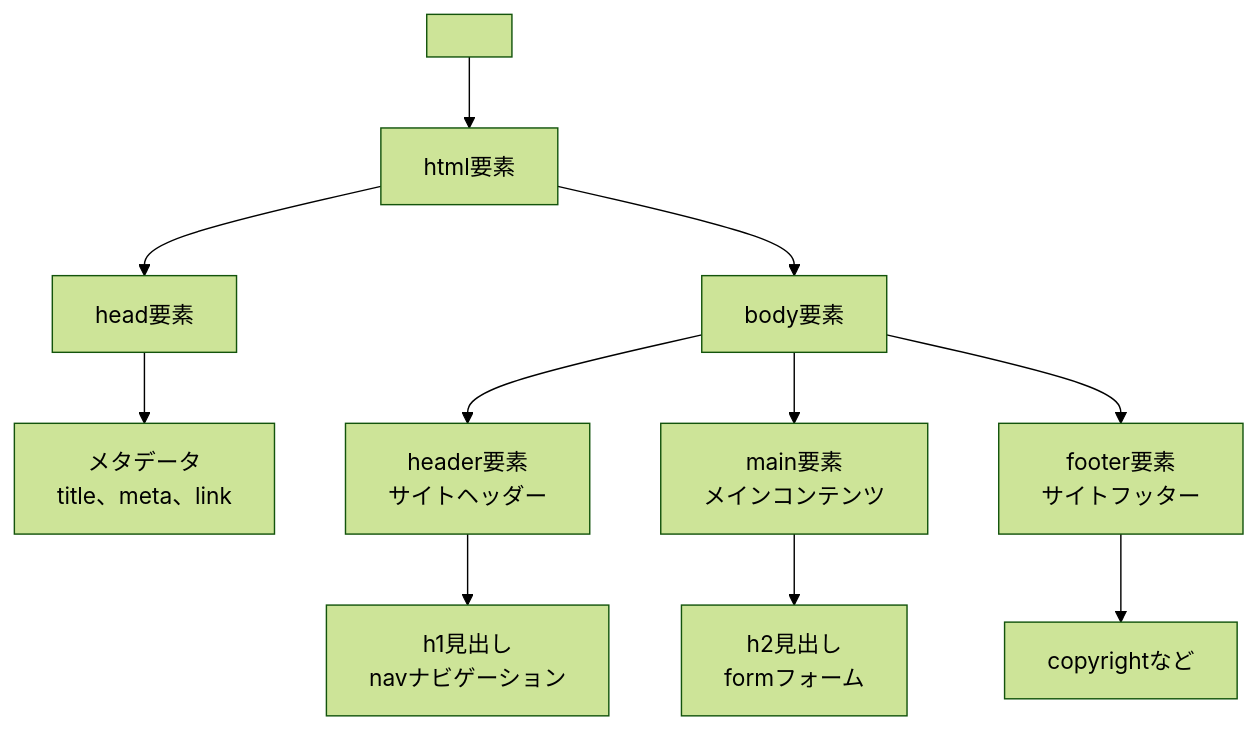
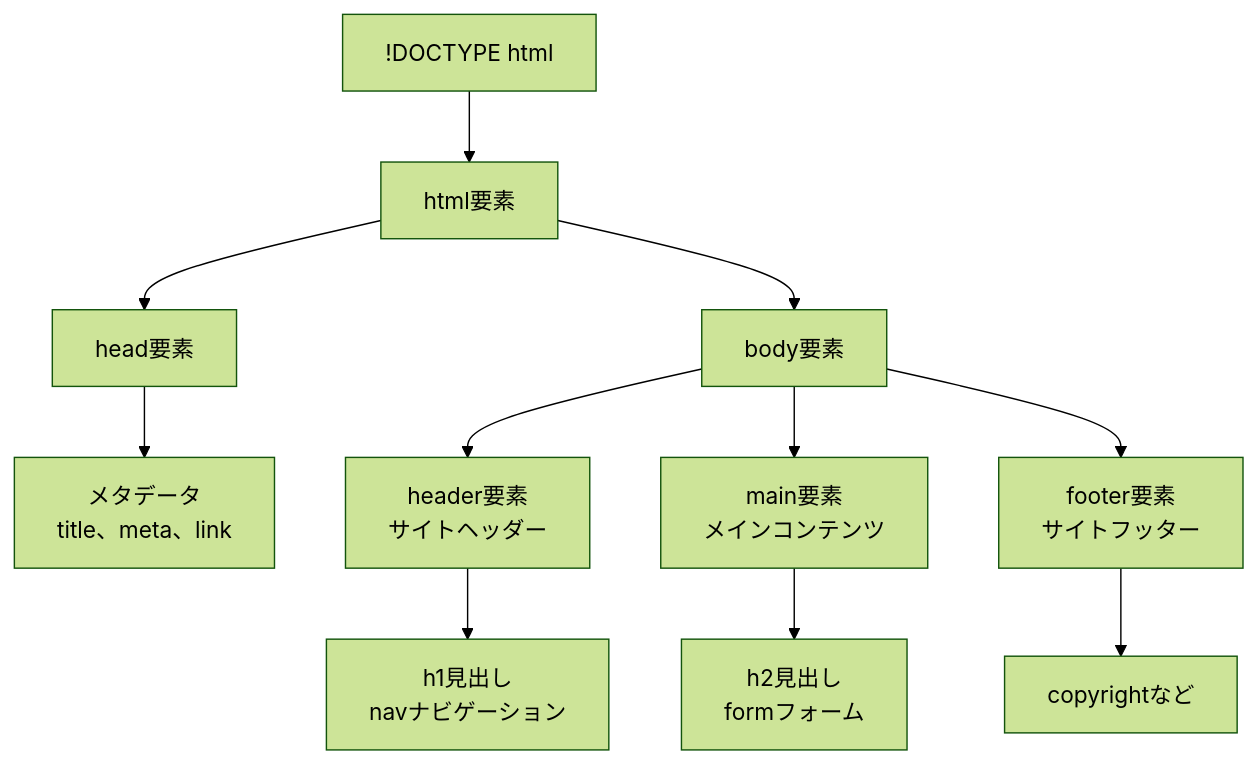
Before and after one commit to Monzi-takuya/web-fundamentals-for-non-engineers: the first of 3 diagrams in docs/03_Web構成要素/01_必須_HTML：Webページの骨組み.md, drawn with Mermaid (forest theme). The commit also changed 4 other files, not shown here.

````diff
--- a/docs/03_Web構成要素/01_必須_HTML：Webページの骨組み.md
+++ b/docs/03_Web構成要素/01_必須_HTML：Webページの骨組み.md
@@ -83,15 +83,15 @@
 ```mermaid
 flowchart TD
-    A["<!DOCTYPE html>"] --> B["html要素"]
+    A["!DOCTYPE html"] --> B["html要素"]
     B --> C["head要素"]
     B --> D["body要素"]
     
     C --> E["メタデータ<br/>title、meta、link"]
     D --> F["header要素<br/>サイトヘッダー"]
     D --> G["main要素<br/>メインコンテンツ"]
     D --> H["footer要素<br/>サイトフッター"]
     
     F --> I["h1見出し<br/>navナビゲーション"]
     G --> J["h2見出し<br/>formフォーム"]
     H --> K["copyrightなど"]
 ```
````
